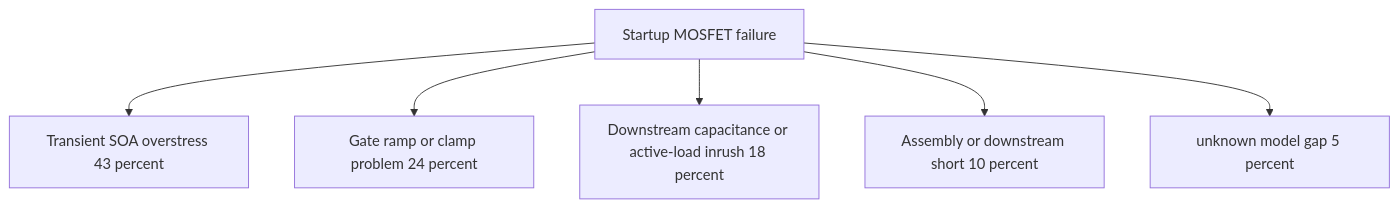
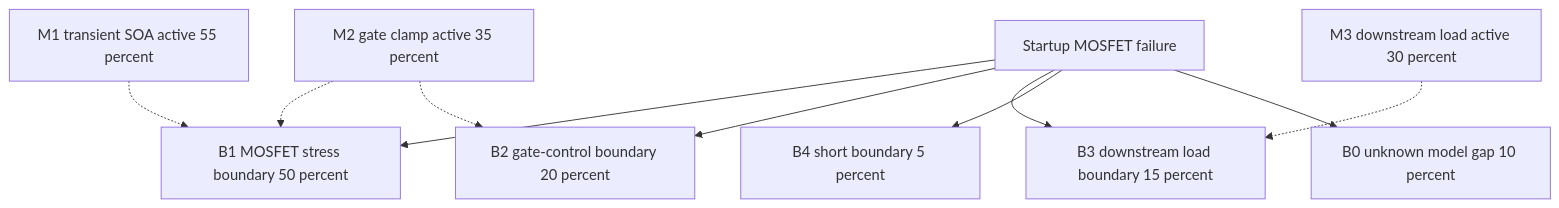
Before and after one commit to joyhpc/DebugTool: the second of 3 diagrams in regression/output_validator_smoke_cases/architecture_hotswap_good.md, drawn with Mermaid. The commit also changed other lines of this file and 15 other files, not shown here.

````diff
--- a/regression/output_validator_smoke_cases/architecture_hotswap_good.md
+++ b/regression/output_validator_smoke_cases/architecture_hotswap_good.md
@@ -55,8 +85,12 @@
 ```mermaid
 flowchart TD
-H0[Startup MOSFET failure] --> H1[Transient SOA overstress 43 percent]
-H0 --> H2[Gate ramp or clamp problem 24 percent]
-H0 --> H3[Downstream capacitance or active-load inrush 18 percent]
-H0 --> H4[Assembly or downstream short 10 percent]
-H0 --> H5[unknown model gap 5 percent]
+H0[Startup MOSFET failure] --> B1[B1 MOSFET stress boundary 50 percent]
+H0 --> B2[B2 gate-control boundary 20 percent]
+H0 --> B3[B3 downstream load boundary 15 percent]
+H0 --> B4[B4 short boundary 5 percent]
+H0 --> B0[B0 unknown model gap 10 percent]
+M1[M1 transient SOA active 55 percent] -.-> B1
+M2[M2 gate clamp active 35 percent] -.-> B1
+M2 -.-> B2
+M3[M3 downstream load active 30 percent] -.-> B3
 ```
````
